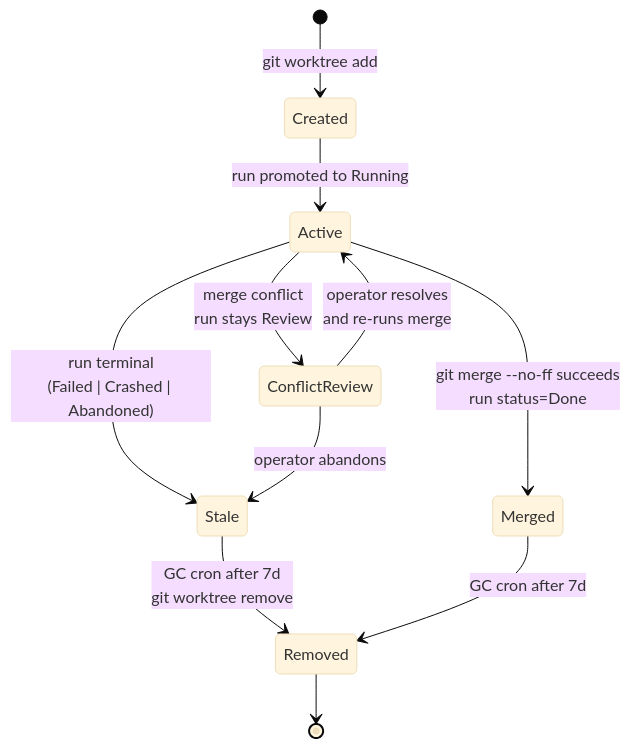
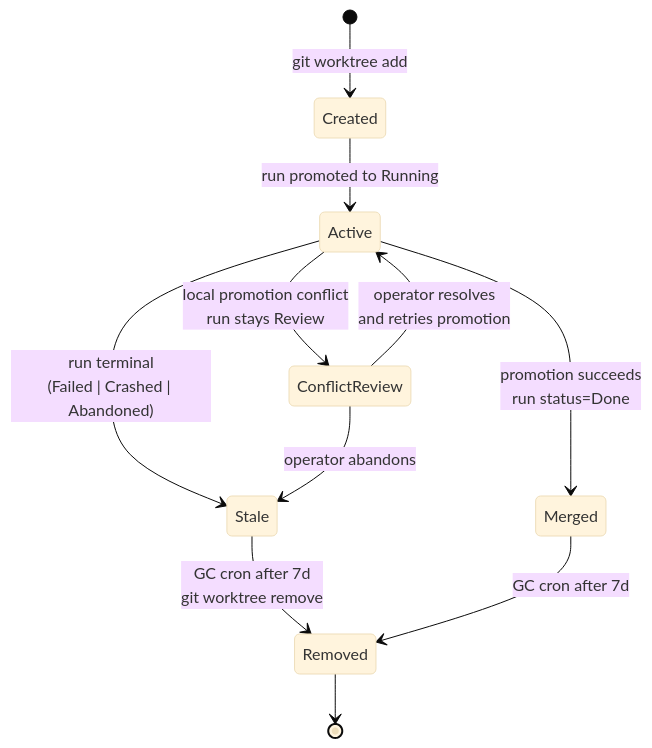
One commit to maister-dev/maister changed the first of 5 diagrams in docs/system-analytics/workspaces.md. Above: the diagram before and after it, drawn with Mermaid (base theme). The commit also changed other lines of this file and 24 other files, not shown here.

Commit message:
docs: align roadmap with flow readiness

````diff
--- a/docs/system-analytics/workspaces.md
+++ b/docs/system-analytics/workspaces.md
@@ -22,13 +26,13 @@
 ```mermaid
 stateDiagram-v2
     [*] --> Created: git worktree add
     Created --> Active: run promoted to Running
-    Active --> Merged: git merge --no-ff succeeds<br/>run status=Done
+    Active --> Merged: promotion succeeds<br/>run status=Done
     Active --> Stale: run terminal<br/>(Failed | Crashed | Abandoned)
     Stale --> Removed: GC cron after 7d<br/>git worktree remove
     Merged --> Removed: GC cron after 7d
-    Active --> ConflictReview: merge conflict<br/>run stays Review
-    ConflictReview --> Active: operator resolves<br/>and re-runs merge
+    Active --> ConflictReview: local promotion conflict<br/>run stays Review
+    ConflictReview --> Active: operator resolves<br/>and retries promotion
     ConflictReview --> Stale: operator abandons
     Removed --> [*]
 ```
````
